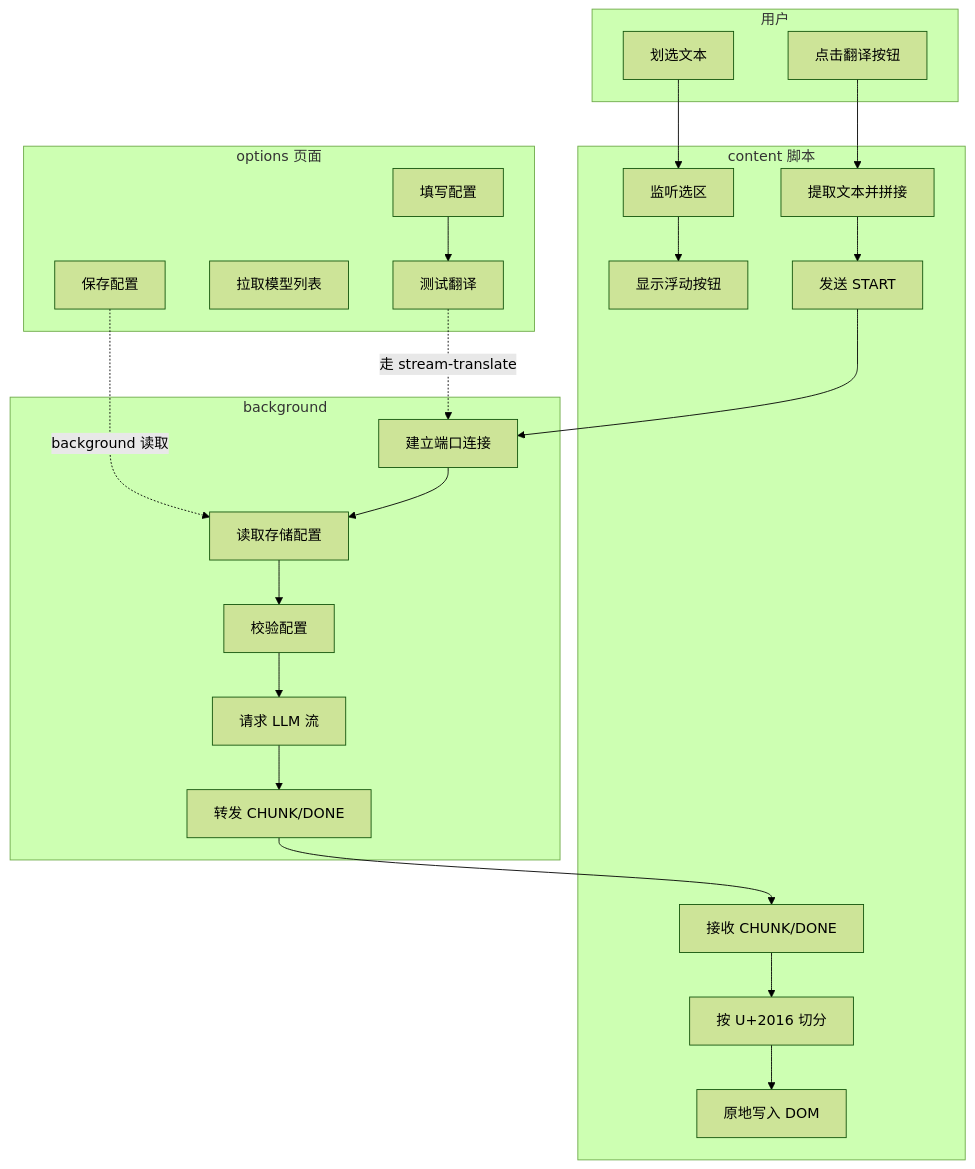
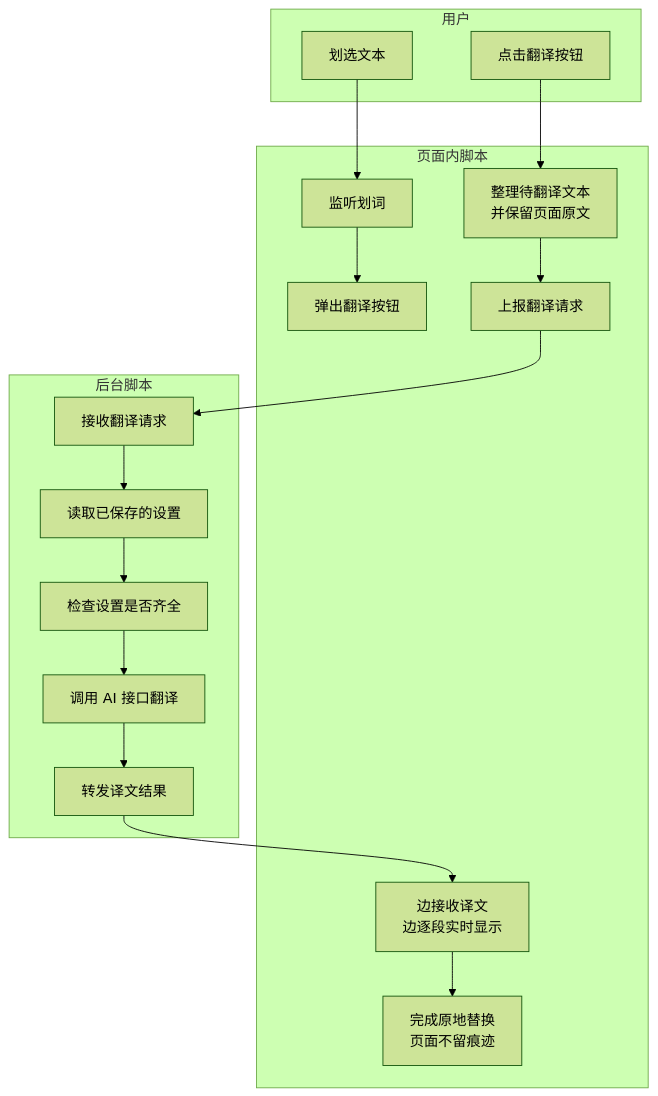
Before and after one commit to Nickyzj628/llm-streaming-translate: the first of 3 diagrams in docs/flowchart.md, drawn with Mermaid (forest theme). The commit also changed other lines of this file and 2 other files, not shown here.

Commit message:
docs: 更新流程图

````diff
--- a/docs/flowchart.md
+++ b/docs/flowchart.md
@@ -10,48 +11,36 @@
 ```mermaid
 flowchart TB
     subgraph User["用户"]
         U1[划选文本]
         U2[点击翻译按钮]
     end
 
-    subgraph Content["content 脚本"]
-        C1[监听选区]
-        C2[显示浮动按钮]
-        C3[提取文本并拼接]
-        C4[发送 START]
-        C5[接收 CHUNK/DONE]
-        C6[按 U+2016 切分]
-        C7[原地写入 DOM]
+    subgraph Content["页面内脚本"]
+        C1[监听划词]
+        C2[弹出翻译按钮]
+        C3[整理待翻译文本<br/>并保留页面原文]
+        C4[上报翻译请求]
+        C5[边接收译文<br/>边逐段实时显示]
+        C6[完成原地替换<br/>页面不留痕迹]
     end
 
-    subgraph Background["background"]
-        B1[建立端口连接]
-        B2[读取存储配置]
-        B3[校验配置]
-        B4[请求 LLM 流]
-        B5[转发 CHUNK/DONE]
-    end
-
-    subgraph Options["options 页面"]
-        O1[填写配置]
-        O2[保存配置]
-        O3[拉取模型列表]
-        O4[测试翻译]
+    subgraph Background["后台脚本"]
+        B1[接收翻译请求]
+        B2[读取已保存的设置]
+        B3[检查设置是否齐全]
+        B4[调用 AI 接口翻译]
+        B5[转发译文结果]
     end
 
     U1 --> C1
     C1 --> C2
     U2 --> C3
     C3 --> C4
     C4 --> B1
     B1 --> B2
     B2 --> B3
     B3 --> B4
     B4 --> B5
     B5 --> C5
     C5 --> C6
-    C6 --> C7
-    O1 --> O4
-    O2 -.->|background 读取| B2
-    O4 -.->|走 stream-translate| B1
 ```
````
